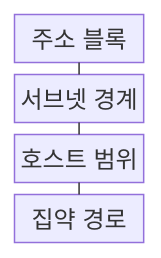
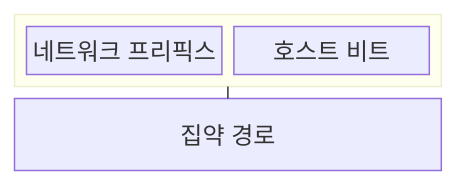
Before and after one commit to agnusdei1207/knowledge-base: the first of 2 diagrams in src/content/docs/notes/04-network/005_subnetting_cidr.md, drawn with Mermaid. The commit also changed other lines of this file and 20 other files, not shown here.

````diff
--- a/src/content/docs/notes/04-network/005_subnetting_cidr.md
+++ b/src/content/docs/notes/04-network/005_subnetting_cidr.md
@@ -59,11 +59,11 @@
 ```mermaid
-block-beta
+block
     columns 1
-    A["주소 블록"]
-    B["서브넷 경계"]
-    C["호스트 범위"]
-    D["집약 경로"]
-    A --- B
-    B --- C
-    C --- D
+    block:ADDRESS
+        columns 2
+        P["네트워크 프리픽스"]
+        H["호스트 비트"]
+    end
+    A["집약 경로"]
+    ADDRESS --- A
 ```
````
